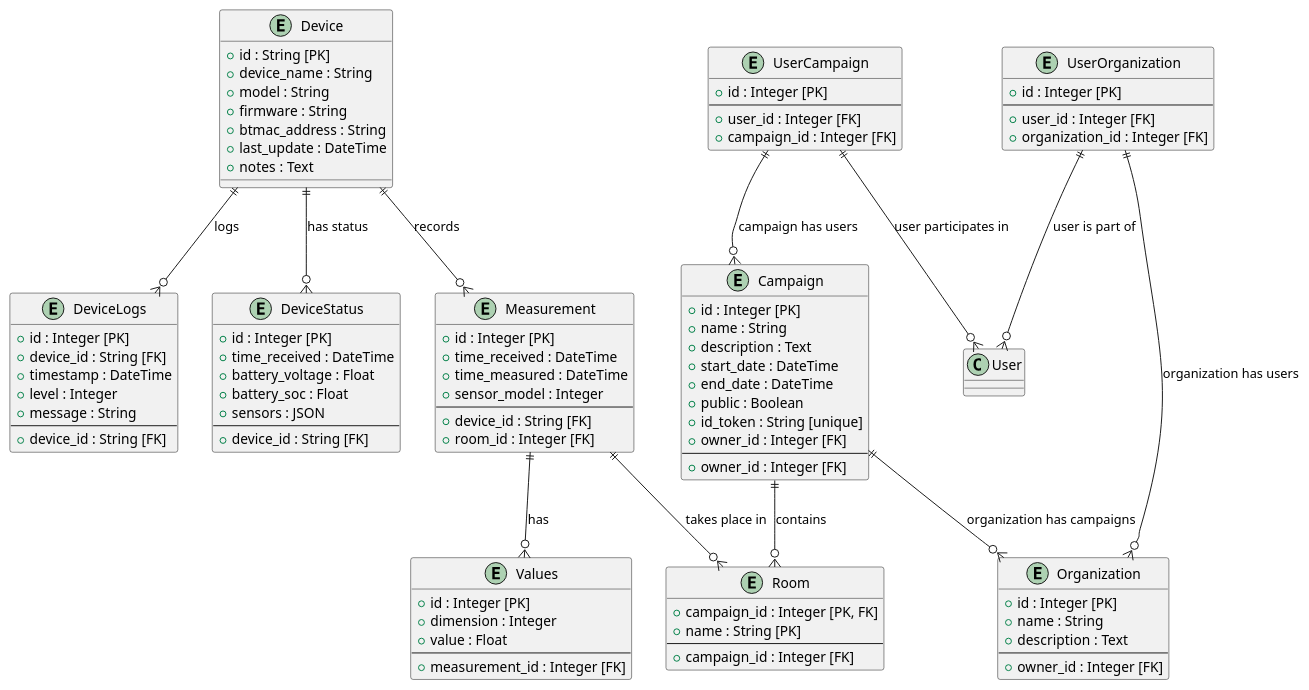
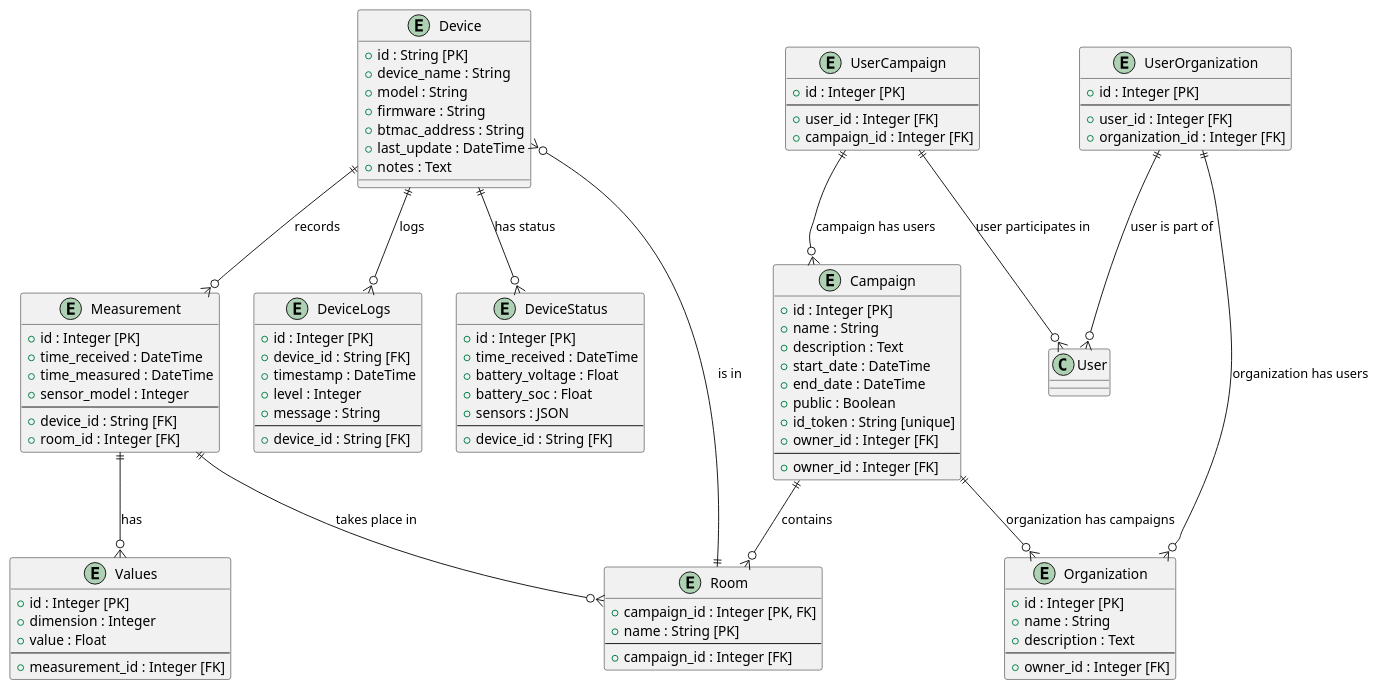
The diagram in datahub_er_model.puml (luftdaten-at/datahub), drawn with PlantUML before and after one commit. The commit also changed 2 other files, not shown here.

Commit message:
added fk current_room to device

```diff
--- a/datahub_er_model.puml
+++ b/datahub_er_model.puml
@@ -1,103 +1,104 @@
 @startuml
 entity "Device" as Device {
     + id : String [PK]
     + device_name : String
     + model : String
     + firmware : String
     + btmac_address : String
     + last_update : DateTime
     + notes : Text
 }
 
 entity "Measurement" as Measurement {
     + id : Integer [PK]
     + time_received : DateTime
     + time_measured : DateTime
     + sensor_model : Integer
     --
     + device_id : String [FK]
     + room_id : Integer [FK]
 }
 
 entity "Values" as Values {
     + id : Integer [PK]
     + dimension : Integer
     + value : Float
     --
     + measurement_id : Integer [FK]
 }
 
 entity "DeviceLogs" as DeviceLogs {
     + id : Integer [PK]
     + device_id : String [FK]
     + timestamp : DateTime
     + level : Integer
     + message : String
     --
     + device_id : String [FK]
 }
 
 entity "Room" as Room {
     + campaign_id : Integer [PK, FK]
     + name : String [PK]
     --
     + campaign_id : Integer [FK]
 }
 
 entity "Campaign" as Campaign {
     + id : Integer [PK]
     + name : String
     + description : Text
     + start_date : DateTime
     + end_date : DateTime
     + public : Boolean
     + id_token : String [unique]
     + owner_id : Integer [FK]
     --
     + owner_id : Integer [FK]
 }
 
 entity "DeviceStatus" as DeviceStatus {
     + id : Integer [PK]
     + time_received : DateTime
     + battery_voltage : Float
     + battery_soc : Float
     + sensors : JSON
     --
     + device_id : String [FK]
 }
 
 entity "Organization" as Organization {
     + id : Integer [PK]
     + name : String
     + description : Text
     --
     + owner_id : Integer [FK]
 }
 
 entity "UserOrganization" as UserOrganization {
     + id : Integer [PK]
     --
     + user_id : Integer [FK]
     + organization_id : Integer [FK]
 }
 
 entity "UserCampaign" as UserCampaign {
     + id : Integer [PK]
     --
     + user_id : Integer [FK]
     + campaign_id : Integer [FK]
 }
 
 Device ||--o{ Measurement : "records"
+Room ||--o{ Device : "is in"
 Measurement ||--o{ Values : "has"
 Device ||--o{ DeviceLogs : "logs"
 Device ||--o{ DeviceStatus : "has status"
 Measurement ||--o{ Room : "takes place in"
 Campaign ||--o{ Room : "contains"
 UserOrganization ||--o{ User : "user is part of"
 UserOrganization ||--o{ Organization : "organization has users"
 UserCampaign ||--o{ User : "user participates in"
 UserCampaign ||--o{ Campaign : "campaign has users"
 Campaign ||--o{ Organization : "organization has campaigns"
 @enduml
```
